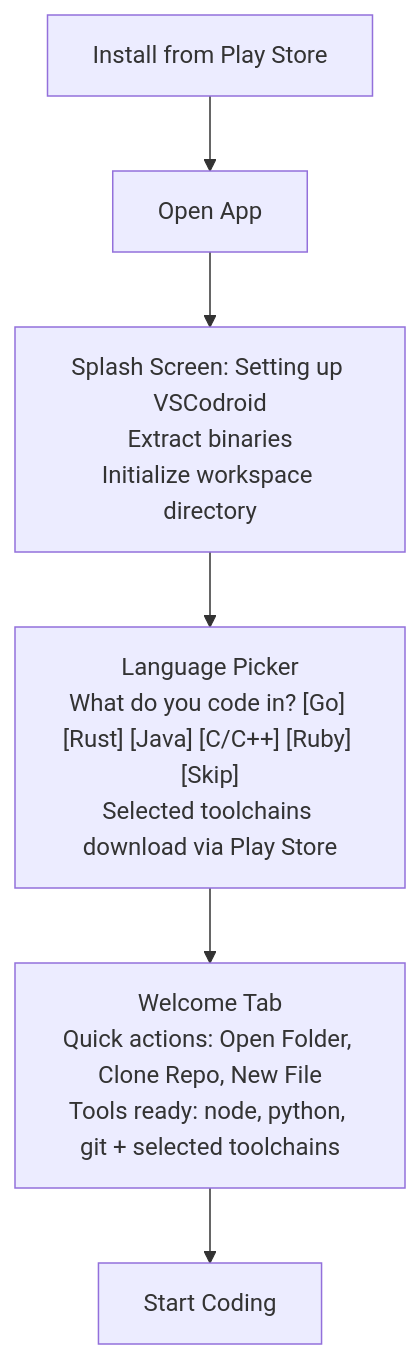
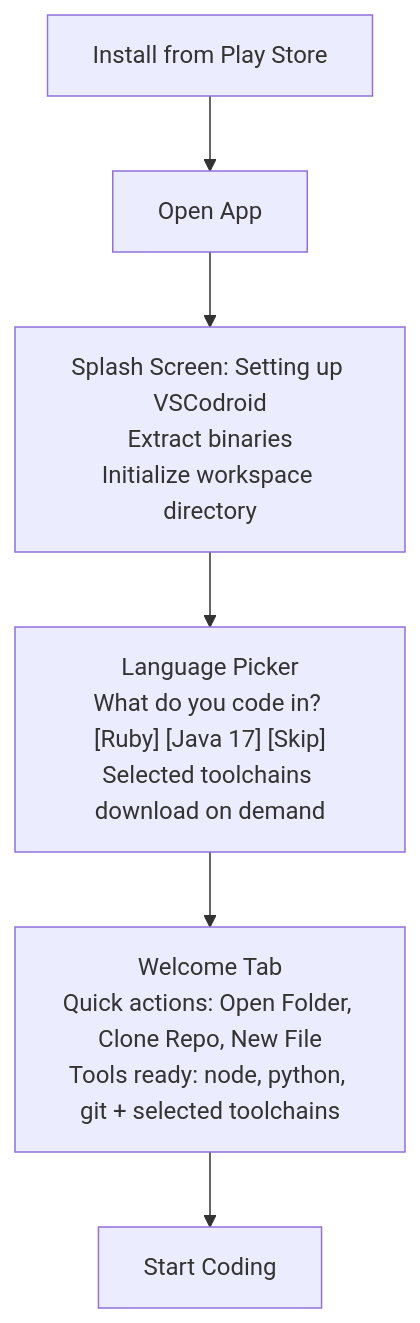
The first of 3 diagrams in docs/01-PRD.md (cuixinyuan666/vscodroid), drawn with Mermaid before and after one commit. The commit also changed other lines of this file and 11 other files, not shown here.

````diff
--- a/docs/01-PRD.md
+++ b/docs/01-PRD.md
@@ -157,8 +156,8 @@
 ```mermaid
 flowchart TD
   A["Install from Play Store"] --> B["Open App"]
   B --> C["Splash Screen: Setting up VSCodroid<br/>Extract binaries<br/>Initialize workspace directory"]
-  C --> D["Language Picker<br/>What do you code in? [Go] [Rust] [Java] [C/C++] [Ruby] [Skip]<br/>Selected toolchains download via Play Store"]
+  C --> D["Language Picker<br/>What do you code in? [Ruby] [Java 17] [Skip]<br/>Selected toolchains download on demand"]
   D --> E["Welcome Tab<br/>Quick actions: Open Folder, Clone Repo, New File<br/>Tools ready: node, python, git + selected toolchains"]
   E --> F["Start Coding"]
 ```
````
